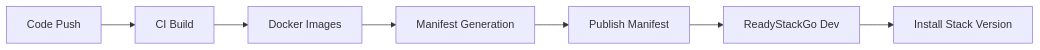
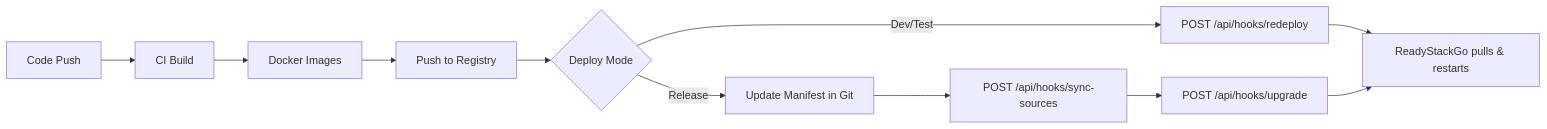
Before and after one commit to Wiesenwischer/ReadyStackGo: the diagram in docs/CI-CD/Pipeline-Integration.md, drawn with Mermaid. The commit also changed other lines of this file and 3 other files, not shown here.

First line of the commit message:
Add CI/CD Integration spec and update Roadmap for v0.19

````diff
--- a/docs/CI-CD/Pipeline-Integration.md
+++ b/docs/CI-CD/Pipeline-Integration.md
@@ -14,9 +35,13 @@
 ```mermaid
 flowchart LR
     A[Code Push] --> B[CI Build]
     B --> C[Docker Images]
-    C --> D[Manifest Generation]
-    D --> E[Publish Manifest]
-    E --> F[ReadyStackGo Dev]
-    F --> G[Install Stack Version]
+    C --> D[Push to Registry]
+    D --> E{Deploy Mode}
+    E -->|Dev/Test| F[POST /api/hooks/redeploy]
+    E -->|Release| G[Update Manifest in Git]
+    G --> H[POST /api/hooks/sync-sources]
+    H --> I[POST /api/hooks/upgrade]
+    F --> J[ReadyStackGo pulls & restarts]
+    I --> J
 ```
````
